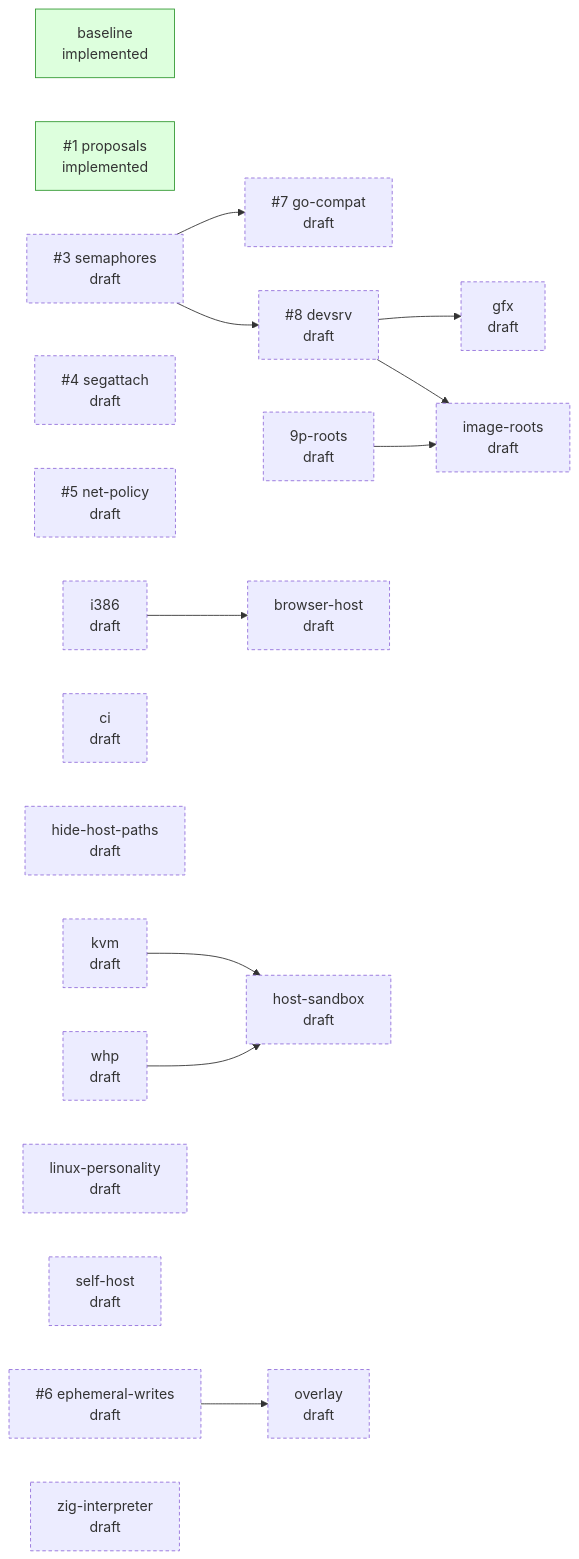
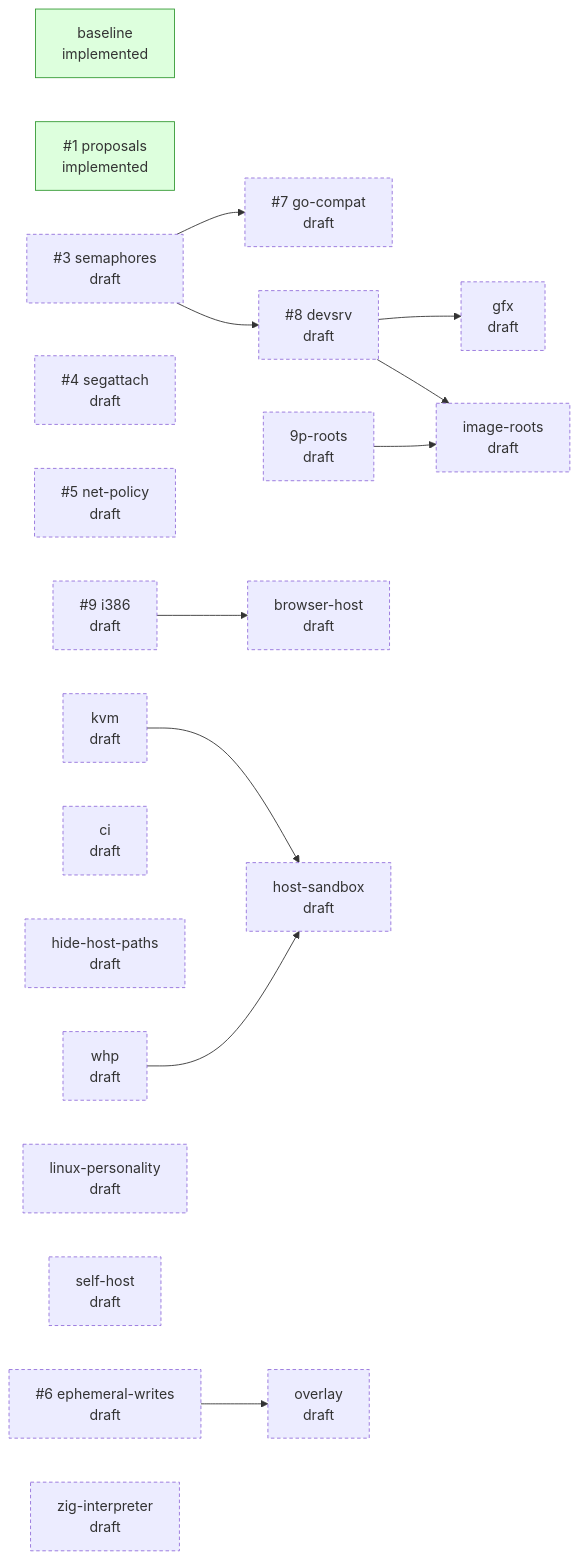
One commit to jpf/hyper9 changed the diagram in README.md. Above: the diagram before and after it, drawn with Mermaid. The commit also changed other lines of this file and 3 other files, not shown here.

````diff
--- a/README.md
+++ b/README.md
@@ -39,38 +39,38 @@
 ```mermaid
 flowchart LR
   classDef draft stroke-dasharray: 4 3
   classDef accepted stroke-width: 2px
   classDef implemented fill:#dfd,stroke:#393
   classDef closed fill:#eee,stroke:#999,color:#777
   p_baseline["baseline<br/>implemented"]:::implemented
   p_proposals["#35;1 proposals<br/>implemented"]:::implemented
   p_semaphores["#35;3 semaphores<br/>draft"]:::draft
   p_segattach["#35;4 segattach<br/>draft"]:::draft
   p_net_policy["#35;5 net-policy<br/>draft"]:::draft
   p_ephemeral_writes["#35;6 ephemeral-writes<br/>draft"]:::draft
   p_go_compat["#35;7 go-compat<br/>draft"]:::draft
   p_devsrv["#35;8 devsrv<br/>draft"]:::draft
+  p_i386["#35;9 i386<br/>draft"]:::draft
   p_9p_roots["9p-roots<br/>draft"]:::draft
   p_browser_host["browser-host<br/>draft"]:::draft
   p_ci["ci<br/>draft"]:::draft
   p_gfx["gfx<br/>draft"]:::draft
   p_hide_host_paths["hide-host-paths<br/>draft"]:::draft
   p_host_sandbox["host-sandbox<br/>draft"]:::draft
-  p_i386["i386<br/>draft"]:::draft
   p_image_roots["image-roots<br/>draft"]:::draft
   p_kvm["kvm<br/>draft"]:::draft
   p_linux_personality["linux-personality<br/>draft"]:::draft
   p_overlay["overlay<br/>draft"]:::draft
   p_self_host["self-host<br/>draft"]:::draft
   p_whp["whp<br/>draft"]:::draft
   p_zig_interpreter["zig-interpreter<br/>draft"]:::draft
   p_semaphores --> p_go_compat
   p_semaphores --> p_devsrv
   p_i386 --> p_browser_host
   p_devsrv --> p_gfx
   p_kvm --> p_host_sandbox
   p_whp --> p_host_sandbox
   p_devsrv --> p_image_roots
   p_9p_roots --> p_image_roots
   p_ephemeral_writes --> p_overlay
 ```
````
